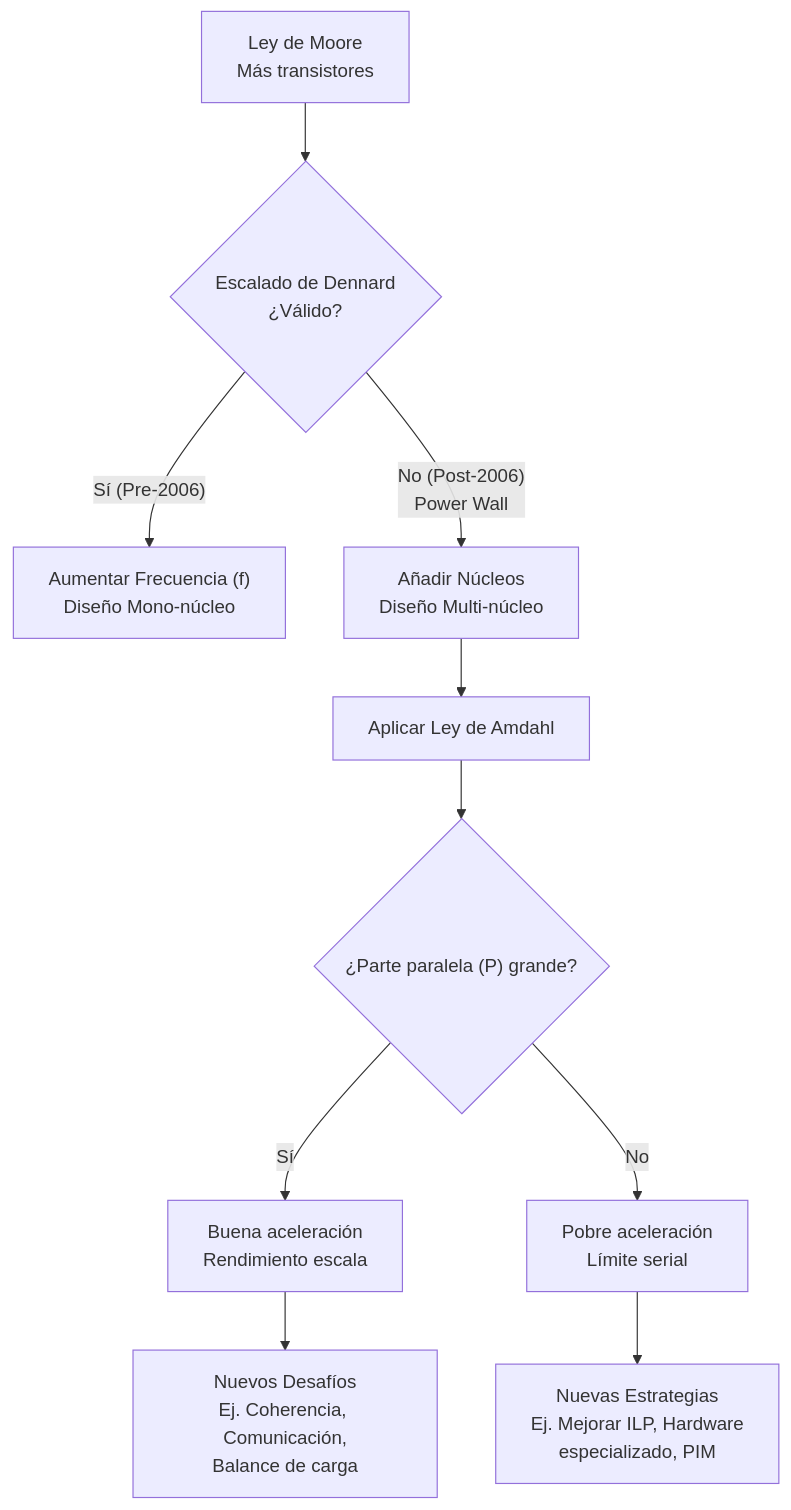
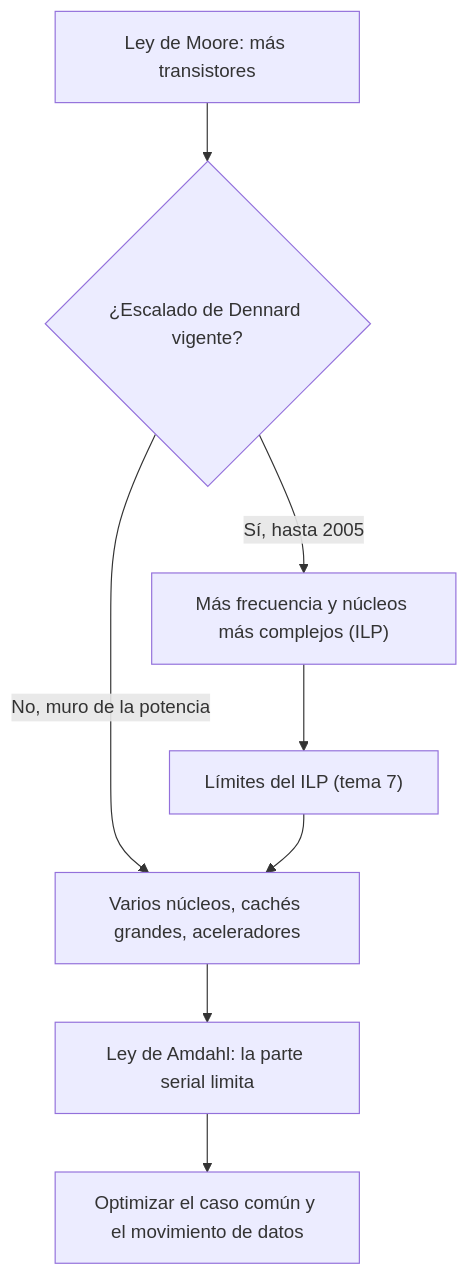
Before and after one commit to djaimej/computer-science-template: the diagram in public/documents/semester-4/4/4411.md, drawn with Mermaid. The commit also changed other lines of this file and 1 other file, not shown here.

First line of the commit message:
Semestre 4: revisión de Organización y Arquitectura de Computadoras, tema 1

````diff
--- a/public/documents/semester-4/4/4411.md
+++ b/public/documents/semester-4/4/4411.md
@@ -111,16 +78,10 @@
 ```mermaid
 flowchart TD
-    A[Ley de Moore<br>Más transistores] --> B{Escalado de Dennard<br>¿Válido?}
-
-    B -- Sí (Pre-2006) --> C["Aumentar Frecuencia (f)<br>Diseño Mono-núcleo"]
-    B -- No (Post-2006)<br>Power Wall --> D[Añadir Núcleos<br>Diseño Multi-núcleo]
-
-    D --> E[Aplicar Ley de Amdahl]
-    E --> F{"¿Parte paralela (P) grande?"}
-
-    F -- Sí --> G[Buena aceleración<br>Rendimiento escala]
-    F -- No --> H[Pobre aceleración<br>Límite serial]
-
-    H --> I[Nuevas Estrategias<br>Ej. Mejorar ILP, Hardware<br>especializado, PIM]
-    G --> J[Nuevos Desafíos<br>Ej. Coherencia, Comunicación,<br>Balance de carga]
+    A["Ley de Moore: más transistores"] --> B{"¿Escalado de Dennard vigente?"}
+    B -->|"Sí, hasta 2005"| C["Más frecuencia y núcleos más complejos (ILP)"]
+    B -->|"No, muro de la potencia"| D["Varios núcleos, cachés grandes, aceleradores"]
+    D --> E["Ley de Amdahl: la parte serial limita"]
+    E --> F["Optimizar el caso común y el movimiento de datos"]
+    C --> G["Límites del ILP (tema 7)"]
+    G --> D
 ```
````
